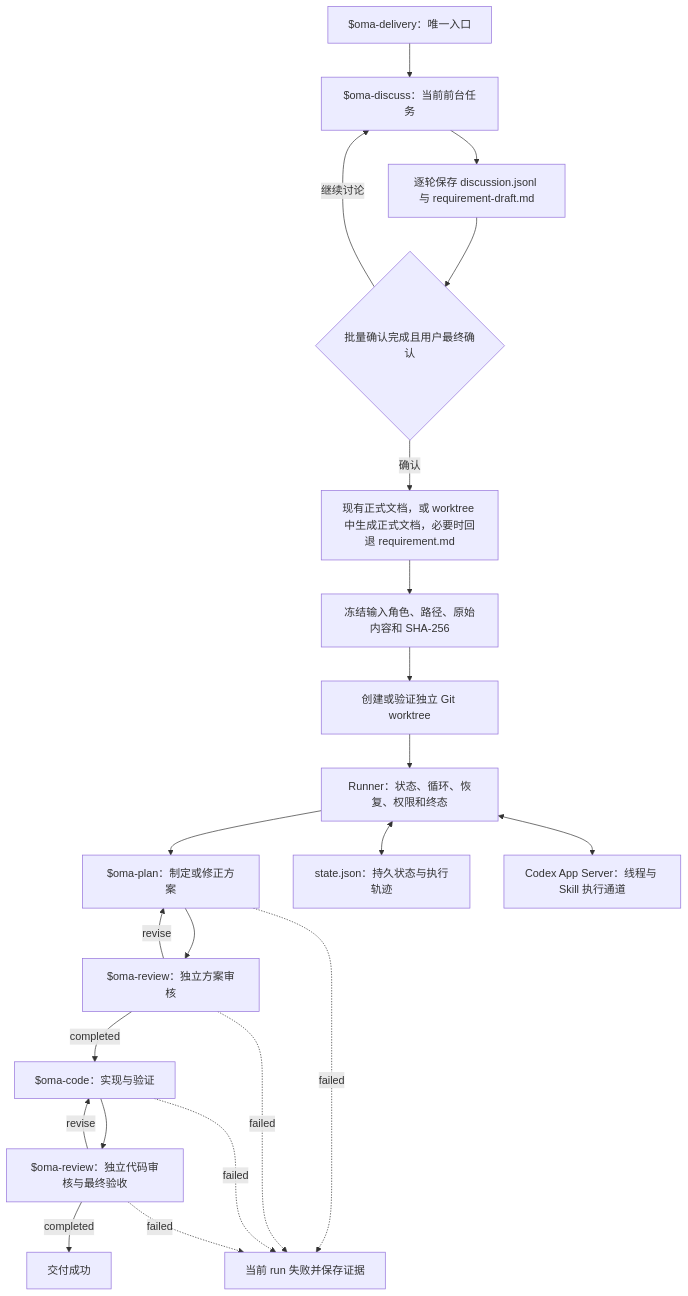
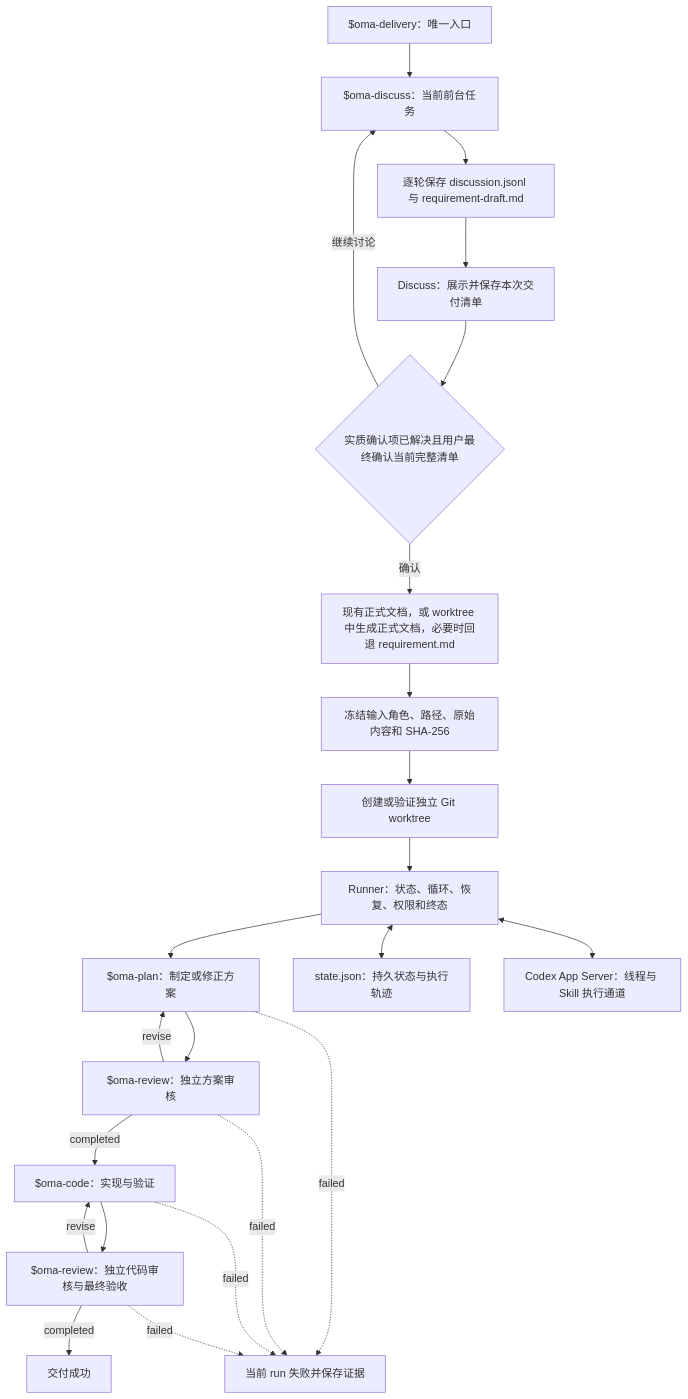
One commit to primabrucexu/OneManArmy changed the diagram in README.md. Above: the diagram before and after it, drawn with Mermaid. The commit also changed other lines of this file and 4 other files, not shown here.

````diff
--- a/README.md
+++ b/README.md
@@ -88,27 +92,28 @@
 ```mermaid
 flowchart TD
     A["$oma-delivery：唯一入口"] --> B["$oma-discuss：当前前台任务"]
     B --> C["逐轮保存 discussion.jsonl 与 requirement-draft.md"]
-    C --> D{"批量确认完成且用户最终确认"}
+    C --> Q["Discuss：展示并保存本次交付清单"]
+    Q --> D{"实质确认项已解决且用户最终确认当前完整清单"}
     D -- "继续讨论" --> B
     D -- "确认" --> E["现有正式文档，或 worktree 中生成正式文档，必要时回退 requirement.md"]
     E --> O["冻结输入角色、路径、原始内容和 SHA-256"]
     O --> P["创建或验证独立 Git worktree"]
     P --> F["Runner：状态、循环、恢复、权限和终态"]
 
     F --> G["$oma-plan：制定或修正方案"]
     G --> H["$oma-review：独立方案审核"]
     H -- "revise" --> G
     H -- "completed" --> I["$oma-code：实现与验证"]
     I --> J["$oma-review：独立代码审核与最终验收"]
     J -- "revise" --> I
     J -- "completed" --> K["交付成功"]
 
     G -. "failed" .-> L["当前 run 失败并保存证据"]
     H -. "failed" .-> L
     I -. "failed" .-> L
     J -. "failed" .-> L
 
     F <--> M["state.json：持久状态与执行轨迹"]
     F <--> N["Codex App Server：线程与 Skill 执行通道"]
 ```
````
